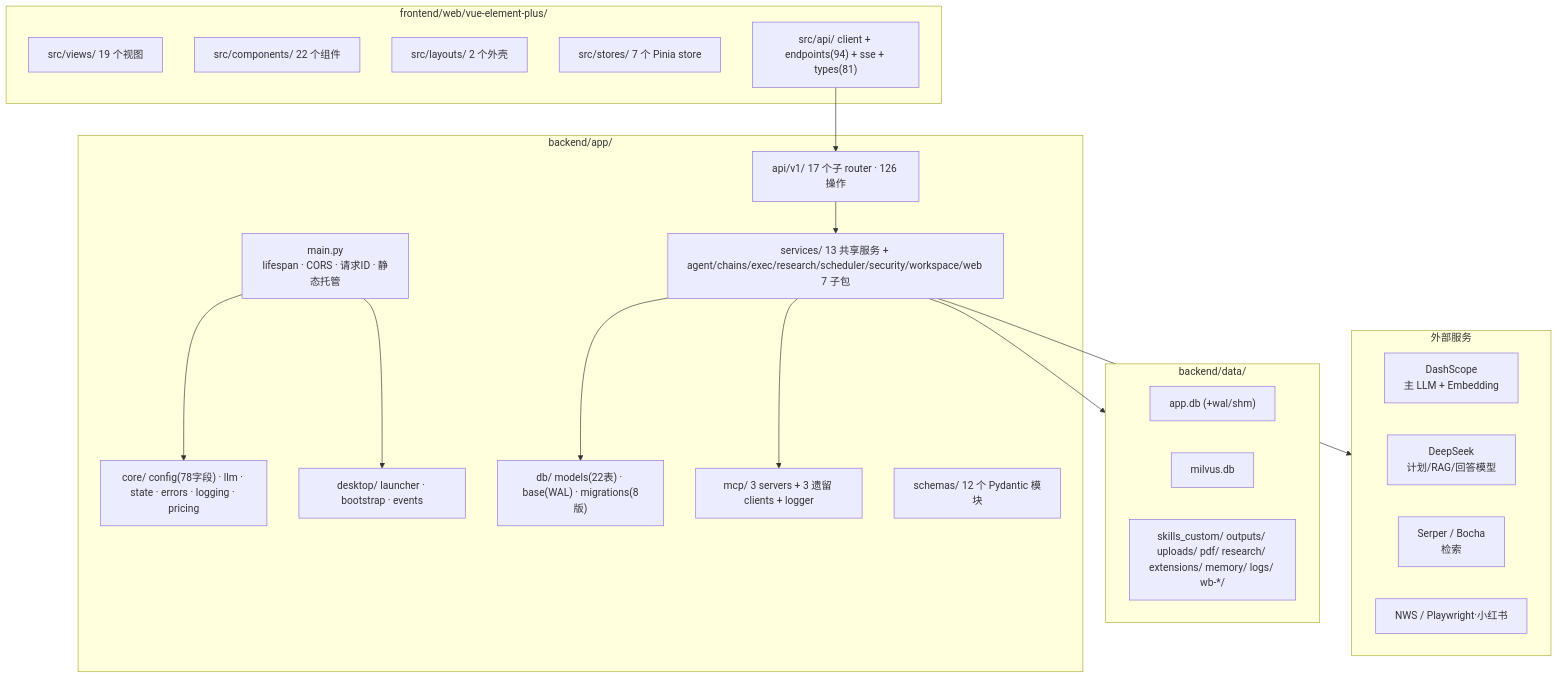
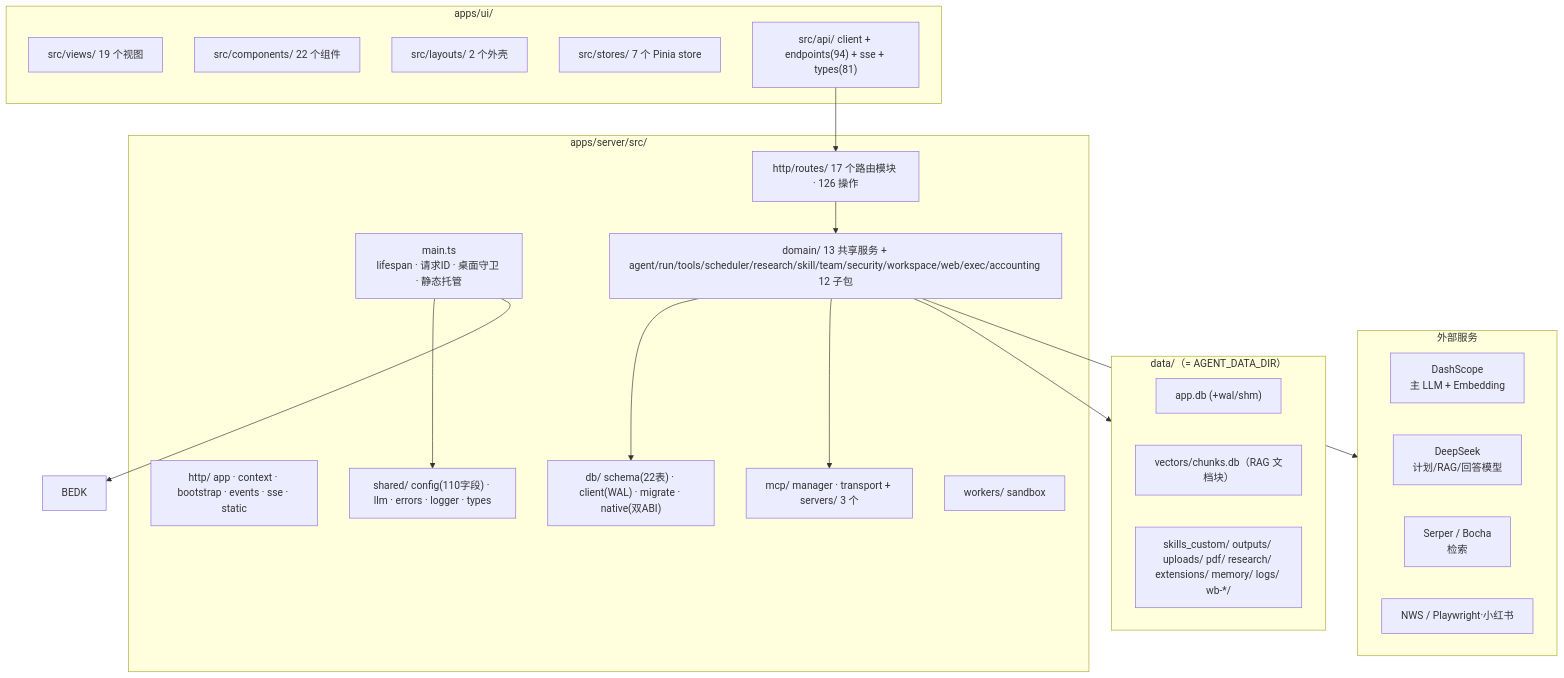
One commit to lzptouch/agent-platform changed the first of 4 diagrams in doc/analysis/01_架构总览.md. Above: the diagram before and after it, drawn with Mermaid. The commit also changed other lines of this file and 646 other files, not shown here.

````diff
--- a/doc/analysis/01_架构总览.md
+++ b/doc/analysis/01_架构总览.md
@@ -49,43 +60,43 @@
 ```mermaid
 flowchart TB
-    subgraph FE["frontend/web/vue-element-plus/"]
+    subgraph FE["apps/ui/"]
         FE1["src/views/ 19 个视图"]
         FE2["src/components/ 22 个组件"]
         FE3["src/layouts/ 2 个外壳"]
         FE4["src/stores/ 7 个 Pinia store"]
         FE5["src/api/ client + endpoints(94) + sse + types(81)"]
     end
 
-    subgraph BE["backend/app/"]
-        BEM["main.py<br/>lifespan · CORS · 请求ID · 静态托管"]
-        BEO["api/v1/ 17 个子 router · 126 操作"]
-        BEC["core/ config(78字段) · llm · state · errors · logging · pricing"]
-        BED["db/ models(22表) · base(WAL) · migrations(8版)"]
-        BES["services/ 13 共享服务 + agent/chains/exec/research/scheduler/security/workspace/web 7 子包"]
-        BEMCP["mcp/ 3 servers + 3 遗留 clients + logger"]
-        BEDK["desktop/ launcher · bootstrap · events"]
-        BESCH["schemas/ 12 个 Pydantic 模块"]
+    subgraph BE["apps/server/src/"]
+        BEM["main.ts<br/>lifespan · 请求ID · 桌面守卫 · 静态托管"]
+        BEO["http/routes/ 17 个路由模块 · 126 操作"]
+        BEOA["http/ app · context · bootstrap · events · sse · static"]
+        BEC["shared/ config(110字段) · llm · errors · logger · types"]
+        BED["db/ schema(22表) · client(WAL) · migrate · native(双ABI)"]
+        BES["domain/ 13 共享服务 + agent/run/tools/scheduler/research/skill/team/security/workspace/web/exec/accounting 12 子包"]
+        BEMCP["mcp/ manager · transport + servers/ 3 个"]
+        BW["workers/ sandbox"]
     end
 
-    subgraph DATA["backend/data/"]
+    subgraph DATA["data/（= AGENT_DATA_DIR）"]
         D1["app.db (+wal/shm)"]
-        D2["milvus.db"]
+        D2["vectors/chunks.db（RAG 文档块）"]
         D3["skills_custom/ outputs/ uploads/ pdf/ research/ extensions/ memory/ logs/ wb-*/"]
     end
 
     subgraph EXT["外部服务"]
         E1["DashScope<br/>主 LLM + Embedding"]
         E2["DeepSeek<br/>计划/RAG/回答模型"]
         E3["Serper / Bocha<br/>检索"]
         E4["NWS / Playwright·小红书"]
     end
 
     FE5 --> BEO
     BEO --> BES
     BES --> BED
     BES --> BEMCP
     BEM --> BEC
     BEM --> BEDK
     BES --> DATA
     BES --> EXT
 ```
````
